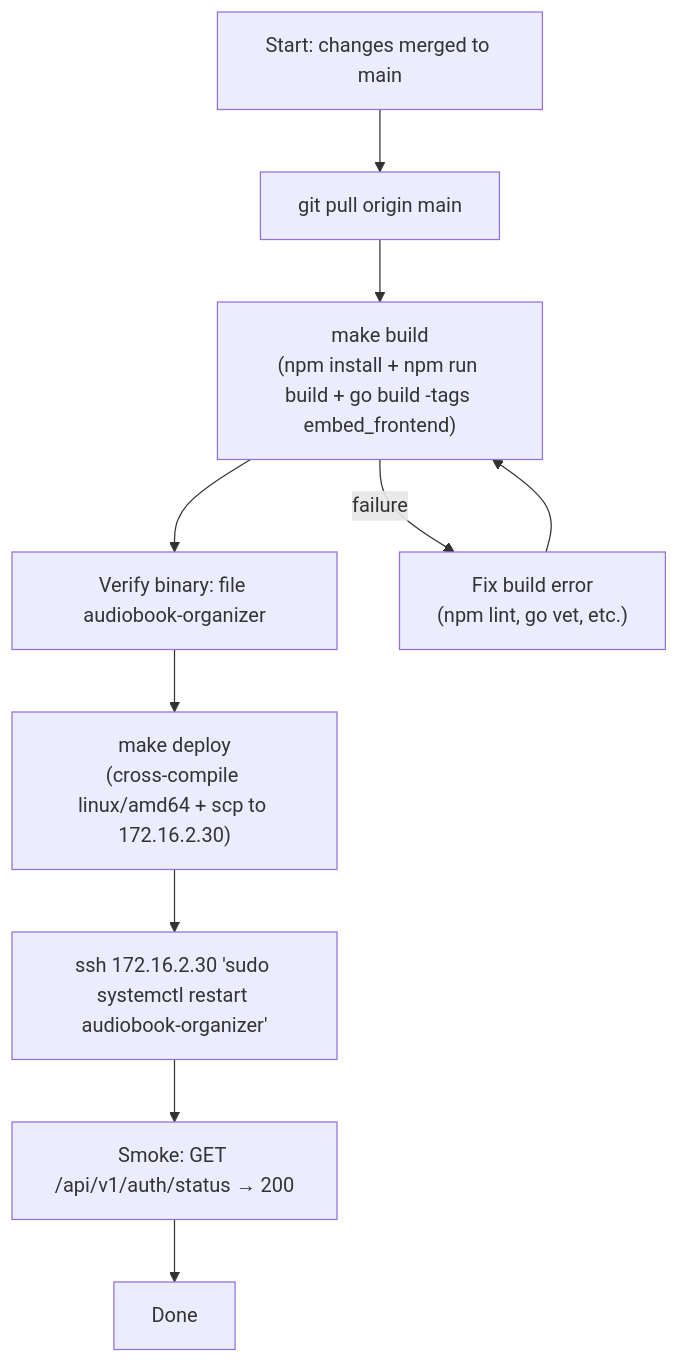
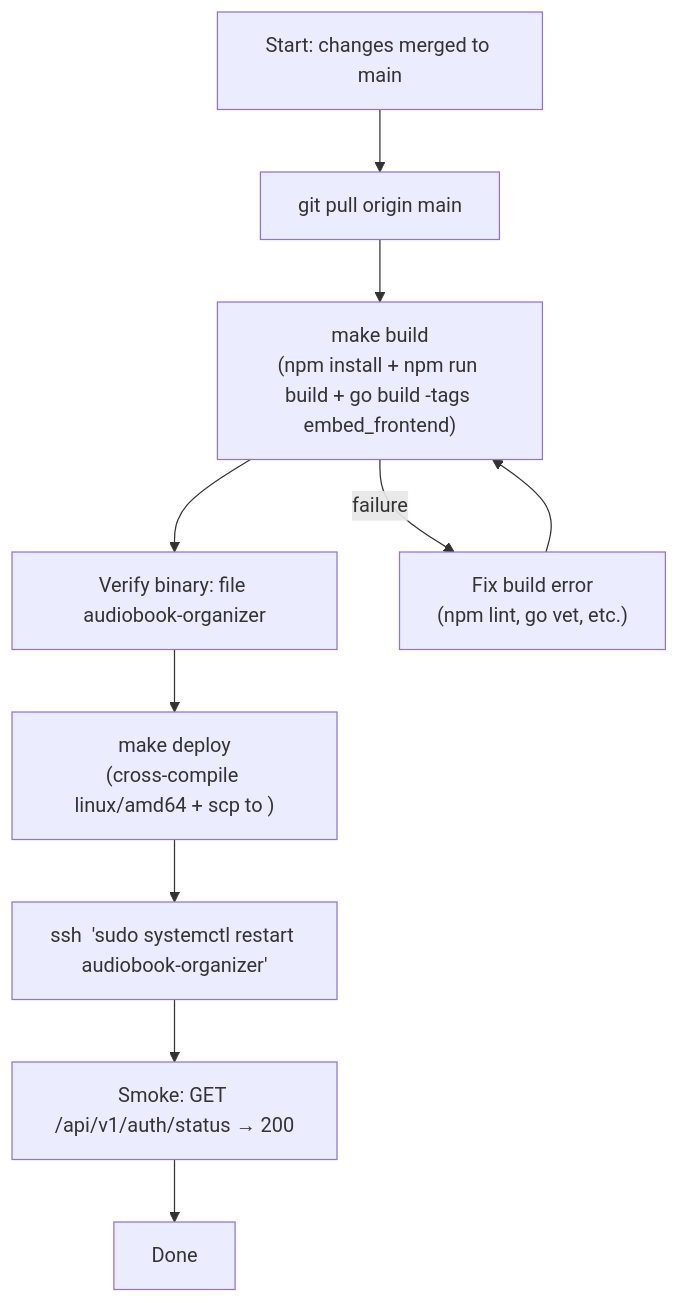
One commit to falkcorp/audiobook-organizer changed the diagram in docs/system/runbooks.md. Above: the diagram before and after it, drawn with Mermaid. The commit also changed other lines of this file and 54 other files, not shown here.

````diff
--- a/docs/system/runbooks.md
+++ b/docs/system/runbooks.md
@@ -14,13 +14,13 @@
 ```mermaid
 flowchart TD
     Start["Start: changes merged to main"] --> Pull["git pull origin main"]
     Pull --> Build["make build\n(npm install + npm run build + go build -tags embed_frontend)"]
     Build --> Verify["Verify binary: file audiobook-organizer"]
-    Verify --> SCP["make deploy\n(cross-compile linux/amd64 + scp to 172.16.2.30)"]
-    SCP --> Restart["ssh 172.16.2.30 'sudo systemctl restart audiobook-organizer'"]
+    Verify --> SCP["make deploy\n(cross-compile linux/amd64 + scp to <server>)"]
+    SCP --> Restart["ssh <server> 'sudo systemctl restart audiobook-organizer'"]
     Restart --> Smoke["Smoke: GET /api/v1/auth/status → 200"]
     Smoke --> Done["Done"]
 
     Build -->|"failure"| FixBuild["Fix build error\n(npm lint, go vet, etc.)"]
     FixBuild --> Build
 ```
````
